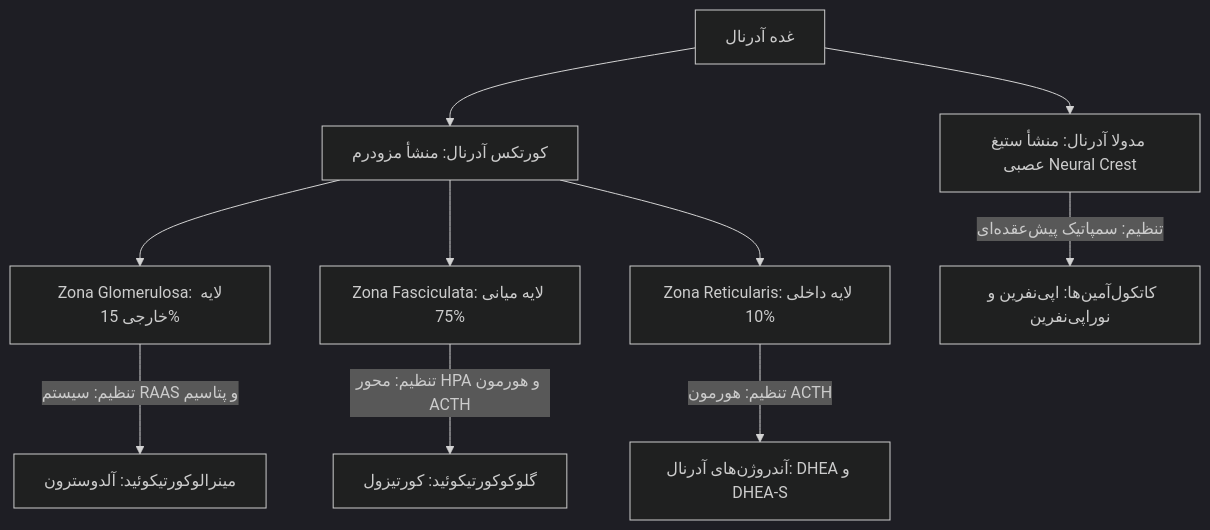
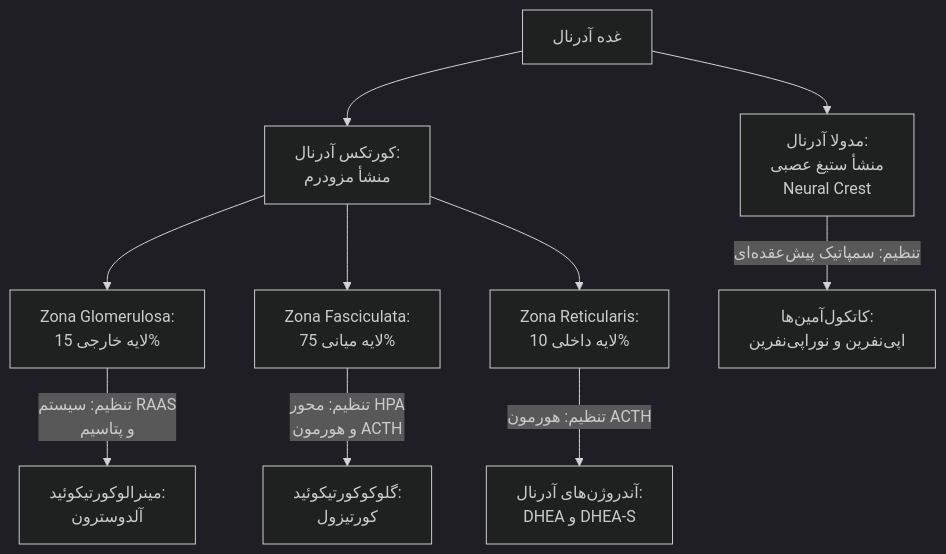
One commit to neopulse-hub/TUMS-1402-1-neo changed the first of 10 diagrams in 07/مبانی غدد/آدرنال.md. Above: the diagram before and after it, drawn with Mermaid (dark theme). The commit also changed other lines of this file, not shown here.

````diff
--- a/07/مبانی غدد/آدرنال.md
+++ b/07/مبانی غدد/آدرنال.md
@@ -10,15 +10,16 @@
 ```mermaid
 flowchart TD
-    Adrenal[غده آدرنال] --> Cortex[کورتکس آدرنال: منشأ مزودرم]
-    Adrenal --> Medulla[مدولا آدرنال: منشأ ستیغ عصبی Neural Crest]
 
-    Cortex --> G[Zona Glomerulosa: لایه خارجی 15%]
-    Cortex --> F[Zona Fasciculata: لایه میانی 75%]
-    Cortex --> R[Zona Reticularis: لایه داخلی 10%]
+Adrenal[غده آدرنال] --> Cortex[کورتکس آدرنال:<br>منشأ مزودرم]
 
-    G -->|تنظیم: سیستم RAAS و پتاسیم| Aldo[مینرالوکورتیکوئید: آلدوسترون]
-    F -->|تنظیم: محور HPA و هورمون ACTH| Cort[گلوکوکورتیکوئید: کورتیزول]
-    R -->|تنظیم: هورمون ACTH| Andro[آندروژن‌های آدرنال: DHEA و DHEA-S]
+Adrenal --> Medulla[مدولا آدرنال:<br>منشأ ستیغ عصبی<br>Neural Crest]
+Cortex --> G[Zona Glomerulosa:<br>لایه خارجی 15%]
+Cortex --> F[Zona Fasciculata:<br>لایه میانی 75%]
+Cortex --> R[Zona Reticularis:<br>لایه داخلی 10%]
 
-    Medulla -->|تنظیم: سمپاتیک پیش‌عقده‌ای| Cat[کاتکول‌آمین‌ها: اپی‌نفرین و نوراپی‌نفرین]
+G -->|تنظیم: سیستم RAAS<br>و پتاسیم| Aldo[مینرالوکورتیکوئید:<br>آلدوسترون]
+F -->|تنظیم: محور HPA<br>و هورمون ACTH| Cort[گلوکوکورتیکوئید:<br>کورتیزول]
+R -->|تنظیم: هورمون ACTH| Andro[آندروژن‌های آدرنال:<br>DHEA و DHEA-S]
+
+Medulla -->|تنظیم: سمپاتیک پیش‌عقده‌ای| Cat[کاتکول‌آمین‌ها:<br>اپی‌نفرین و نوراپی‌نفرین]
 ```
````
